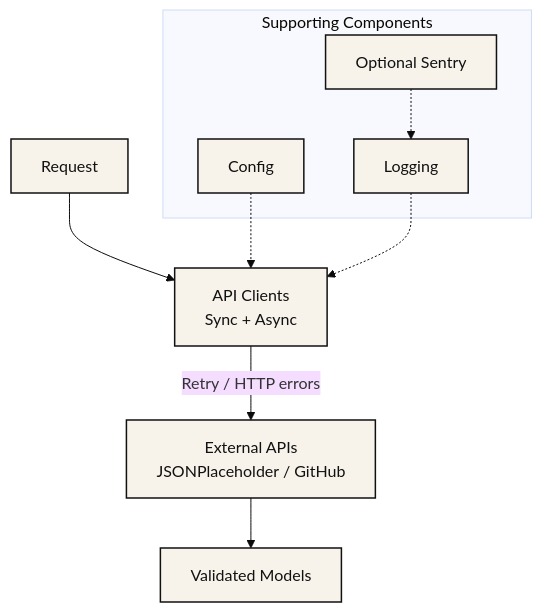
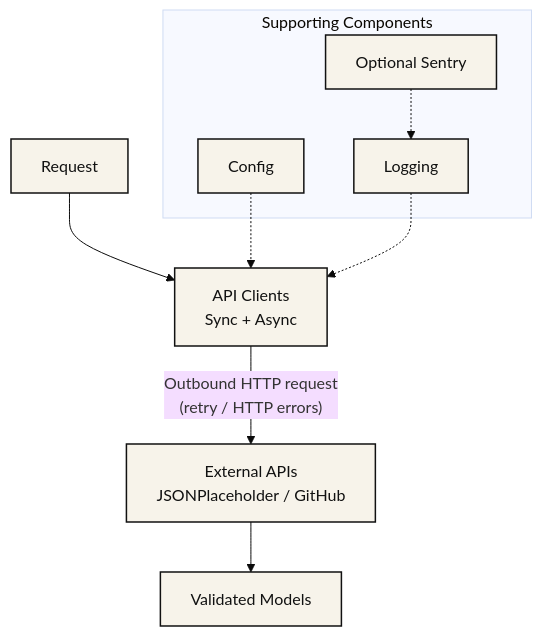
Before and after one commit to yaoki-dev/api-test-devops-portfolio: the first of 4 diagrams in README.md, drawn with Mermaid (base theme). The commit also changed other lines of this file, not shown here.

Commit message:
docs(readme): mermaidエッジラベルを明確化しLinkedIn行を削除
【背景】APIクライアントから外部APIへ向かうエッジのラベルが「Retry / HTTP
errors」のみで、そのエッジ自体が何を表すのか（外向きのHTTPリクエスト）を
示していなかった。retry とエラー処理はその経路に付随する関心事であり、
エッジの主語ではない。あわせて、お問い合わせ節の LinkedIn 項目は
「プロフィール準備中」のままで、連絡先として機能していなかった。

【変更内容】ラベルの主語を「Outbound HTTP request」とし、従来の
「retry / HTTP errors」は括弧書きの補足へ降格した。`<br/>` で2行に分け、
2行目の前後には半角スペースを1つずつ置いてラベル幅の余白としている。
お問い合わせ節からは LinkedIn の1行を削除し、連絡先を GitHub に一本化した。
レンダリング結果は PR #641 上で確認する。

````diff
--- a/README.md
+++ b/README.md
@@ -61,18 +61,18 @@
 ```mermaid
 graph TB
     R[Request] --> AC[API Clients<br/>Sync + Async]
-    AC -- "Retry / HTTP errors" --> EA[External APIs<br/>JSONPlaceholder / GitHub]
+    AC -- "Outbound HTTP request<br/> (retry / HTTP errors) " --> EA[External APIs<br/>JSONPlaceholder / GitHub]
     EA --> VM[Validated Models]
 
     subgraph "Supporting Components"
         CFG[Config]
         LOG[Logging]
         SEN[Optional Sentry]
     end
 
     CFG -.-> AC
     LOG -.-> AC
     SEN -.-> LOG
 
     classDef default fill:#F7F3EA,stroke:#111,stroke-width:1.5px,color:#111;
 ```
````
